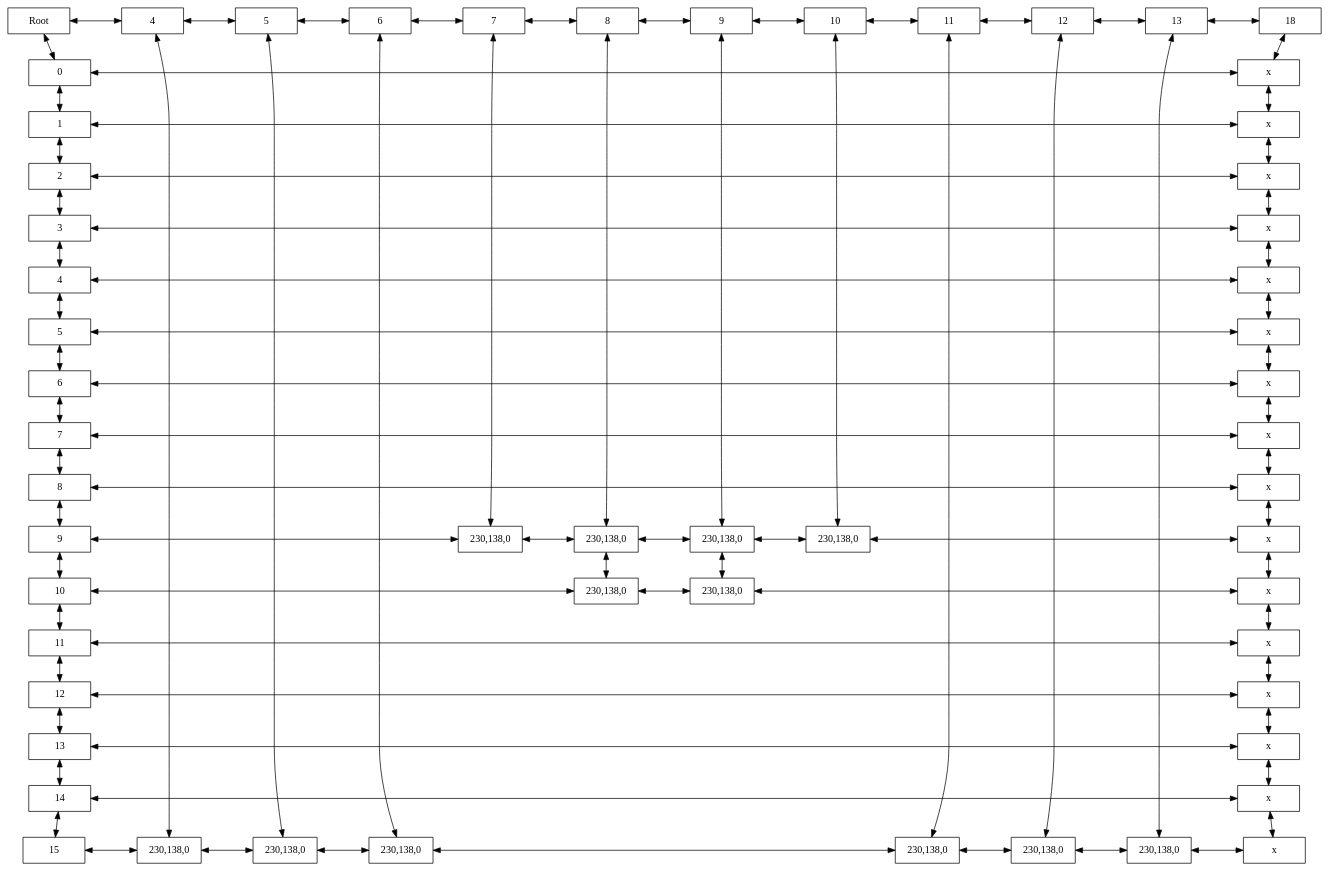
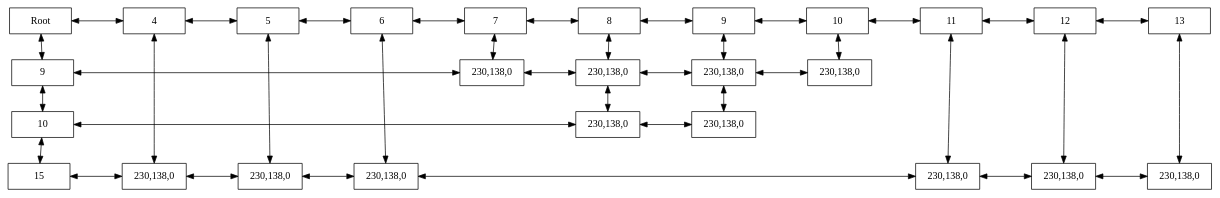
One commit to jmansilla-2014056/EDD_2S2019_PY1_201709396 changed the diagram in Pico_Patas_Normal.dot. Above: the diagram before and after it, drawn with Graphviz. The commit also changed 50 other files, not shown here.

```diff
--- a/Pico_Patas_Normal.dot
+++ b/Pico_Patas_Normal.dot
@@ -1,177 +1,72 @@
 digraph {
 node [shape = rectangle, height=0.5, width=1.2];
 graph [nodesep = 1];
 rankdir=TB;
 "-1--1"[label="Root"];
-"-1-0"[label="0"];
-"-1-1"[label="1"];
-"-1-2"[label="2"];
-"-1-3"[label="3"];
-"-1-4"[label="4"];
-"-1-5"[label="5"];
-"-1-6"[label="6"];
-"-1-7"[label="7"];
-"-1-8"[label="8"];
 "-1-9"[label="9"];
 "-1-10"[label="10"];
-"-1-11"[label="11"];
-"-1-12"[label="12"];
-"-1-13"[label="13"];
-"-1-14"[label="14"];
 "-1-15"[label="15"];
 "4--1"[label="4"];
 "4-15"[label="230,138,0"];
 "5--1"[label="5"];
 "5-15"[label="230,138,0"];
 "6--1"[label="6"];
 "6-15"[label="230,138,0"];
 "7--1"[label="7"];
 "7-9"[label="230,138,0"];
 "8--1"[label="8"];
 "8-9"[label="230,138,0"];
 "8-10"[label="230,138,0"];
 "9--1"[label="9"];
 "9-9"[label="230,138,0"];
 "9-10"[label="230,138,0"];
 "10--1"[label="10"];
 "10-9"[label="230,138,0"];
 "11--1"[label="11"];
 "11-15"[label="230,138,0"];
 "12--1"[label="12"];
 "12-15"[label="230,138,0"];
 "13--1"[label="13"];
 "13-15"[label="230,138,0"];
-"18--1"[label="18"];
-"18-0"[label="x
-"];
-"18-1"[label="x
-"];
-"18-2"[label="x
-"];
-"18-3"[label="x
-"];
-"18-4"[label="x
-"];
-"18-5"[label="x
-"];
-"18-6"[label="x
-"];
-"18-7"[label="x
-"];
-"18-8"[label="x
-"];
-"18-9"[label="x
-"];
-"18-10"[label="x
-"];
-"18-11"[label="x
-"];
-"18-12"[label="x
-"];
-"18-13"[label="x
-"];
-"18-14"[label="x
-"];
-"18-15"[label="x
-"];
 "-1--1"->"4--1"[dir=both];
-"-1--1"->"-1-0"[dir=both];
-"-1-0"->"18-0"[dir=both];
-"-1-0"->"-1-1"[dir=both];
-"-1-1"->"18-1"[dir=both];
-"-1-1"->"-1-2"[dir=both];
-"-1-2"->"18-2"[dir=both];
-"-1-2"->"-1-3"[dir=both];
-"-1-3"->"18-3"[dir=both];
-"-1-3"->"-1-4"[dir=both];
-"-1-4"->"18-4"[dir=both];
-"-1-4"->"-1-5"[dir=both];
-"-1-5"->"18-5"[dir=both];
-"-1-5"->"-1-6"[dir=both];
-"-1-6"->"18-6"[dir=both];
-"-1-6"->"-1-7"[dir=both];
-"-1-7"->"18-7"[dir=both];
-"-1-7"->"-1-8"[dir=both];
-"-1-8"->"18-8"[dir=both];
-"-1-8"->"-1-9"[dir=both];
+"-1--1"->"-1-9"[dir=both];
 "-1-9"->"7-9"[dir=both];
 "-1-9"->"-1-10"[dir=both];
 "-1-10"->"8-10"[dir=both];
-"-1-10"->"-1-11"[dir=both];
-"-1-11"->"18-11"[dir=both];
-"-1-11"->"-1-12"[dir=both];
-"-1-12"->"18-12"[dir=both];
-"-1-12"->"-1-13"[dir=both];
-"-1-13"->"18-13"[dir=both];
-"-1-13"->"-1-14"[dir=both];
-"-1-14"->"18-14"[dir=both];
-"-1-14"->"-1-15"[dir=both];
+"-1-10"->"-1-15"[dir=both];
 "-1-15"->"4-15"[dir=both];
 "4--1"->"5--1"[dir=both];
 "4--1"->"4-15"[dir=both];
 "4-15"->"5-15"[dir=both];
 "5--1"->"6--1"[dir=both];
 "5--1"->"5-15"[dir=both];
 "5-15"->"6-15"[dir=both];
 "6--1"->"7--1"[dir=both];
 "6--1"->"6-15"[dir=both];
 "6-15"->"11-15"[dir=both];
 "7--1"->"8--1"[dir=both];
 "7--1"->"7-9"[dir=both];
 "7-9"->"8-9"[dir=both];
 "8--1"->"9--1"[dir=both];
 "8--1"->"8-9"[dir=both];
 "8-9"->"9-9"[dir=both];
 "8-9"->"8-10"[dir=both];
 "8-10"->"9-10"[dir=both];
 "9--1"->"10--1"[dir=both];
 "9--1"->"9-9"[dir=both];
 "9-9"->"10-9"[dir=both];
 "9-9"->"9-10"[dir=both];
-"9-10"->"18-10"[dir=both];
 "10--1"->"11--1"[dir=both];
 "10--1"->"10-9"[dir=both];
-"10-9"->"18-9"[dir=both];
 "11--1"->"12--1"[dir=both];
 "11--1"->"11-15"[dir=both];
 "11-15"->"12-15"[dir=both];
 "12--1"->"13--1"[dir=both];
 "12--1"->"12-15"[dir=both];
 "12-15"->"13-15"[dir=both];
-"13--1"->"18--1"[dir=both];
 "13--1"->"13-15"[dir=both];
-"13-15"->"18-15"[dir=both];
-"18--1"->"18-0"[dir=both];
-"18-0"->"18-1"[dir=both];
-"18-1"->"18-2"[dir=both];
-"18-2"->"18-3"[dir=both];
-"18-3"->"18-4"[dir=both];
-"18-4"->"18-5"[dir=both];
-"18-5"->"18-6"[dir=both];
-"18-6"->"18-7"[dir=both];
-"18-7"->"18-8"[dir=both];
-"18-8"->"18-9"[dir=both];
-"18-9"->"18-10"[dir=both];
-"18-10"->"18-11"[dir=both];
-"18-11"->"18-12"[dir=both];
-"18-12"->"18-13"[dir=both];
-"18-13"->"18-14"[dir=both];
-"18-14"->"18-15"[dir=both];
-{ rank=same; "-1--1" "4--1" "5--1" "6--1" "7--1" "8--1" "9--1" "10--1" "11--1" "12--1" "13--1" "18--1" };
-{ rank=same; "-1-0" "18-0" };
-{ rank=same; "-1-1" "18-1" };
-{ rank=same; "-1-2" "18-2" };
-{ rank=same; "-1-3" "18-3" };
-{ rank=same; "-1-4" "18-4" };
-{ rank=same; "-1-5" "18-5" };
-{ rank=same; "-1-6" "18-6" };
-{ rank=same; "-1-7" "18-7" };
-{ rank=same; "-1-8" "18-8" };
-{ rank=same; "-1-9" "7-9" "8-9" "9-9" "10-9" "18-9" };
-{ rank=same; "-1-10" "8-10" "9-10" "18-10" };
-{ rank=same; "-1-11" "18-11" };
-{ rank=same; "-1-12" "18-12" };
-{ rank=same; "-1-13" "18-13" };
-{ rank=same; "-1-14" "18-14" };
-{ rank=same; "-1-15" "4-15" "5-15" "6-15" "11-15" "12-15" "13-15" "18-15" };
+{ rank=same; "-1--1" "4--1" "5--1" "6--1" "7--1" "8--1" "9--1" "10--1" "11--1" "12--1" "13--1" };
+{ rank=same; "-1-9" "7-9" "8-9" "9-9" "10-9" };
+{ rank=same; "-1-10" "8-10" "9-10" };
+{ rank=same; "-1-15" "4-15" "5-15" "6-15" "11-15" "12-15" "13-15" };
 }
```
